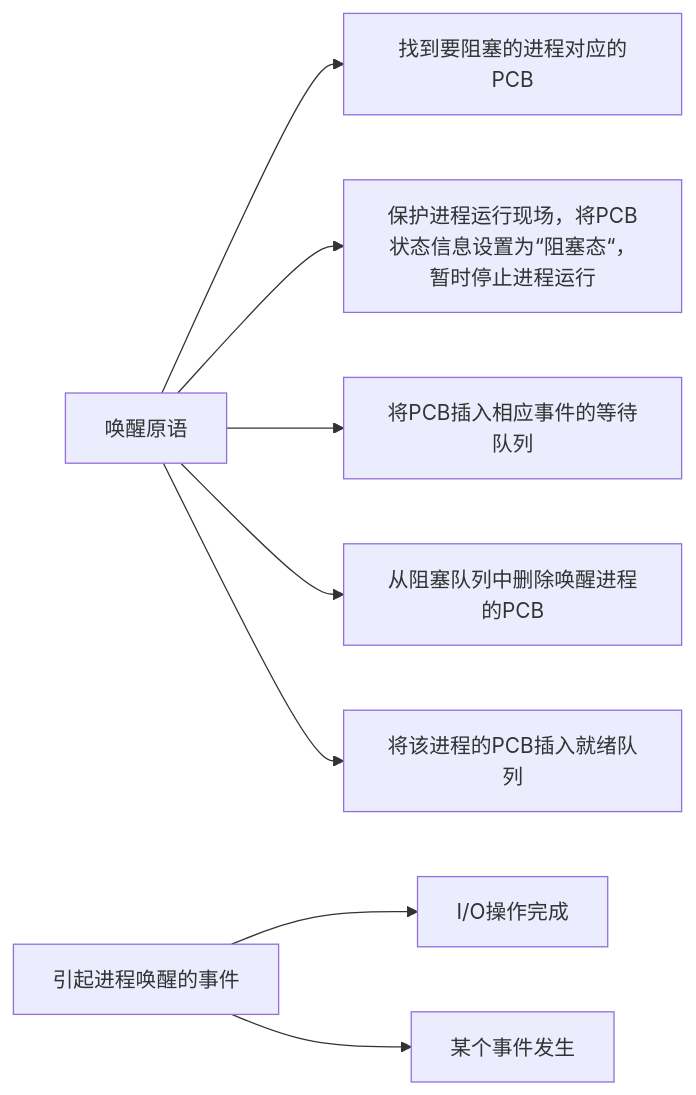
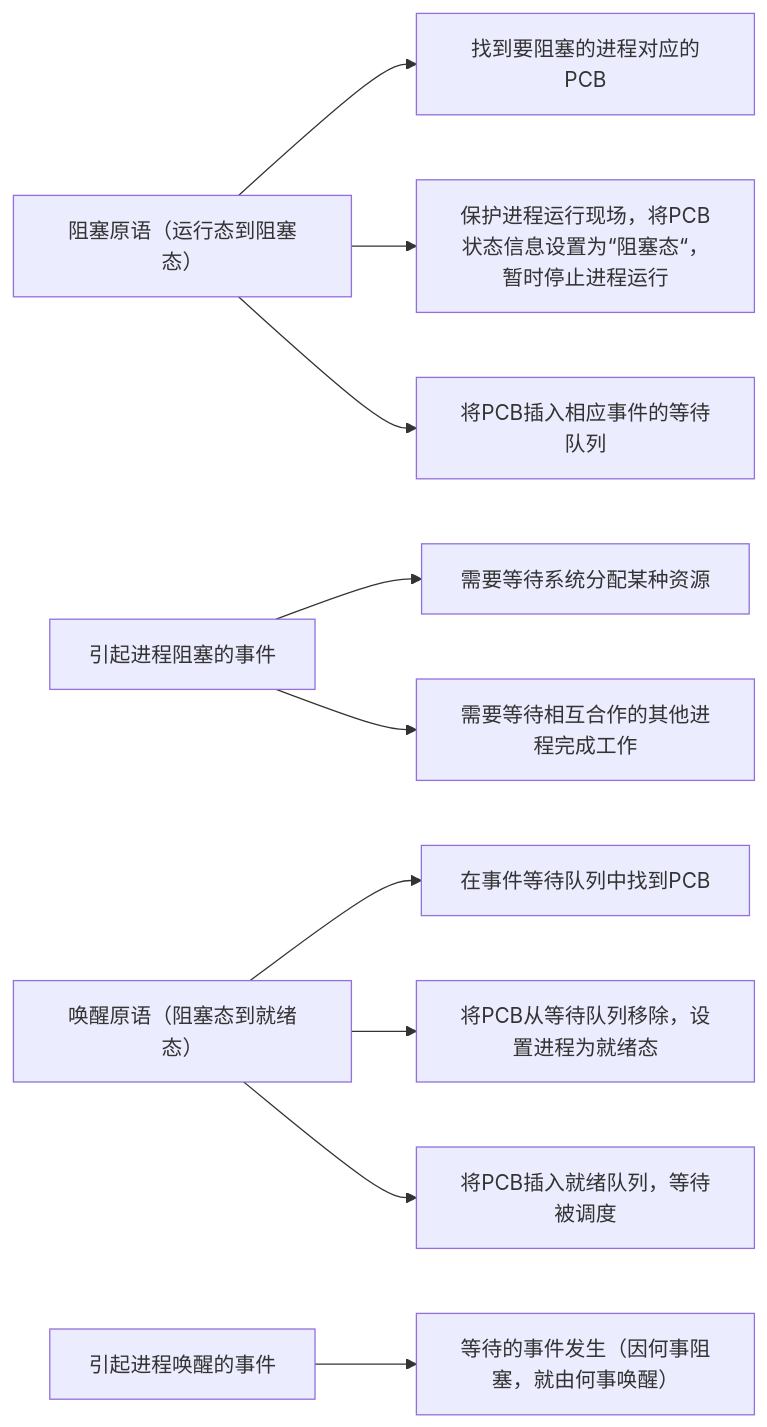
One commit to yanqi1711/408-os changed the fifth of 6 diagrams in 02进程管理/README.md. Above: the diagram before and after it, drawn with Mermaid. The commit also changed other lines of this file, not shown here.

Commit message:
chore: one more

````diff
--- a/02进程管理/README.md
+++ b/02进程管理/README.md
@@ -133,21 +134,26 @@
 ```mermaid
 flowchart LR
-  A[阻塞原语]
+  A[阻塞原语（运行态到阻塞态）]
   B[找到要阻塞的进程对应的PCB]
   C[保护进程运行现场，将PCB状态信息设置为“阻塞态“，暂时停止进程运行]
   D[将PCB插入相应事件的等待队列]
   A --> B
   A --> C
   A --> D
+  E[引起进程阻塞的事件]
+  F[需要等待系统分配某种资源]
+  G[需要等待相互合作的其他进程完成工作]
+  E --> F
+  E --> G
 
-  A[唤醒原语]
-  G[从阻塞队列中删除唤醒进程的PCB]
-  H[将该进程的PCB插入就绪队列]
-  I[引起进程唤醒的事件]
-  J[I/O操作完成]
-  K[某个事件发生]
-  A --> G
-  A --> H
-  I --> J
-  I --> K
+  H[唤醒原语（阻塞态到就绪态）]
+  I[在事件等待队列中找到PCB]
+  J[将PCB从等待队列移除，设置进程为就绪态]
+  K[将PCB插入就绪队列，等待被调度]
+  H --> I
+  H --> J
+  H --> K
+  L[引起进程唤醒的事件]
+  M[等待的事件发生（因何事阻塞，就由何事唤醒）]
+  L --> M
 ```
````
